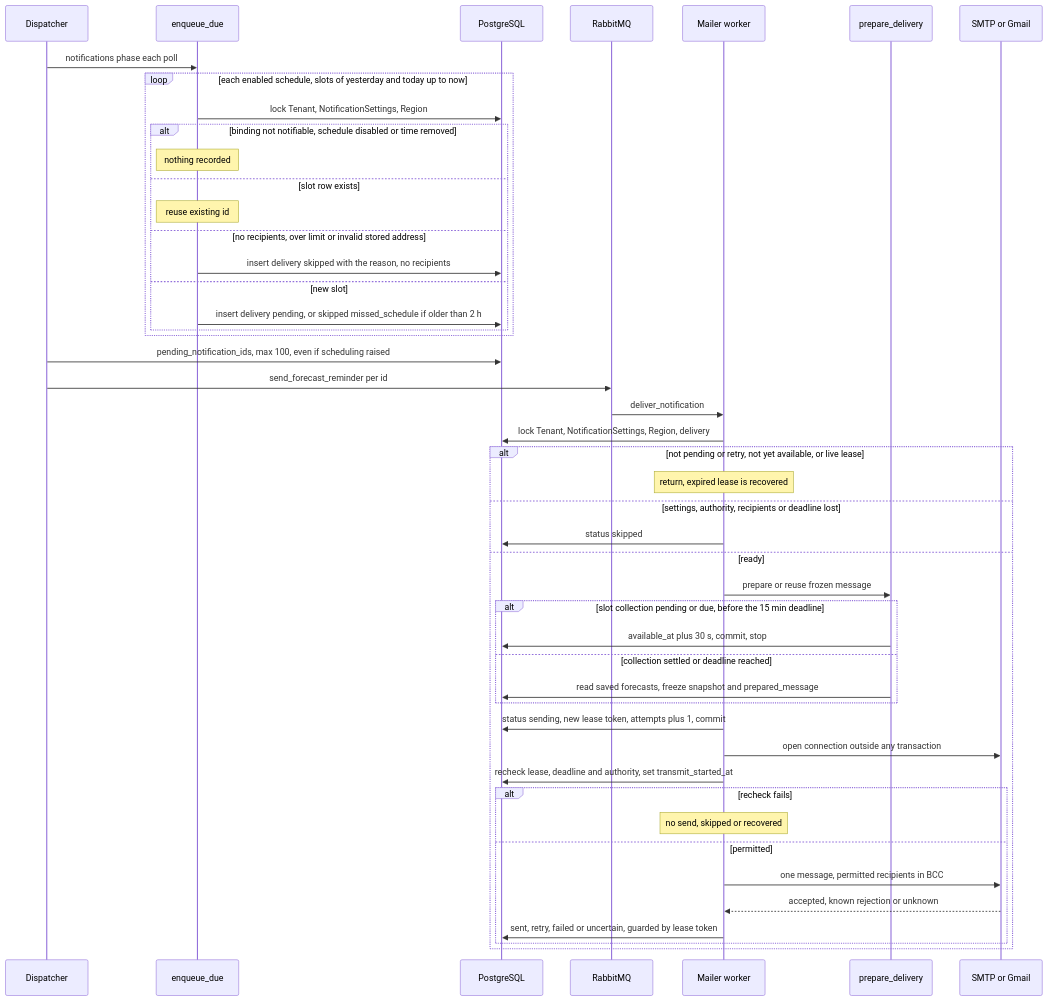
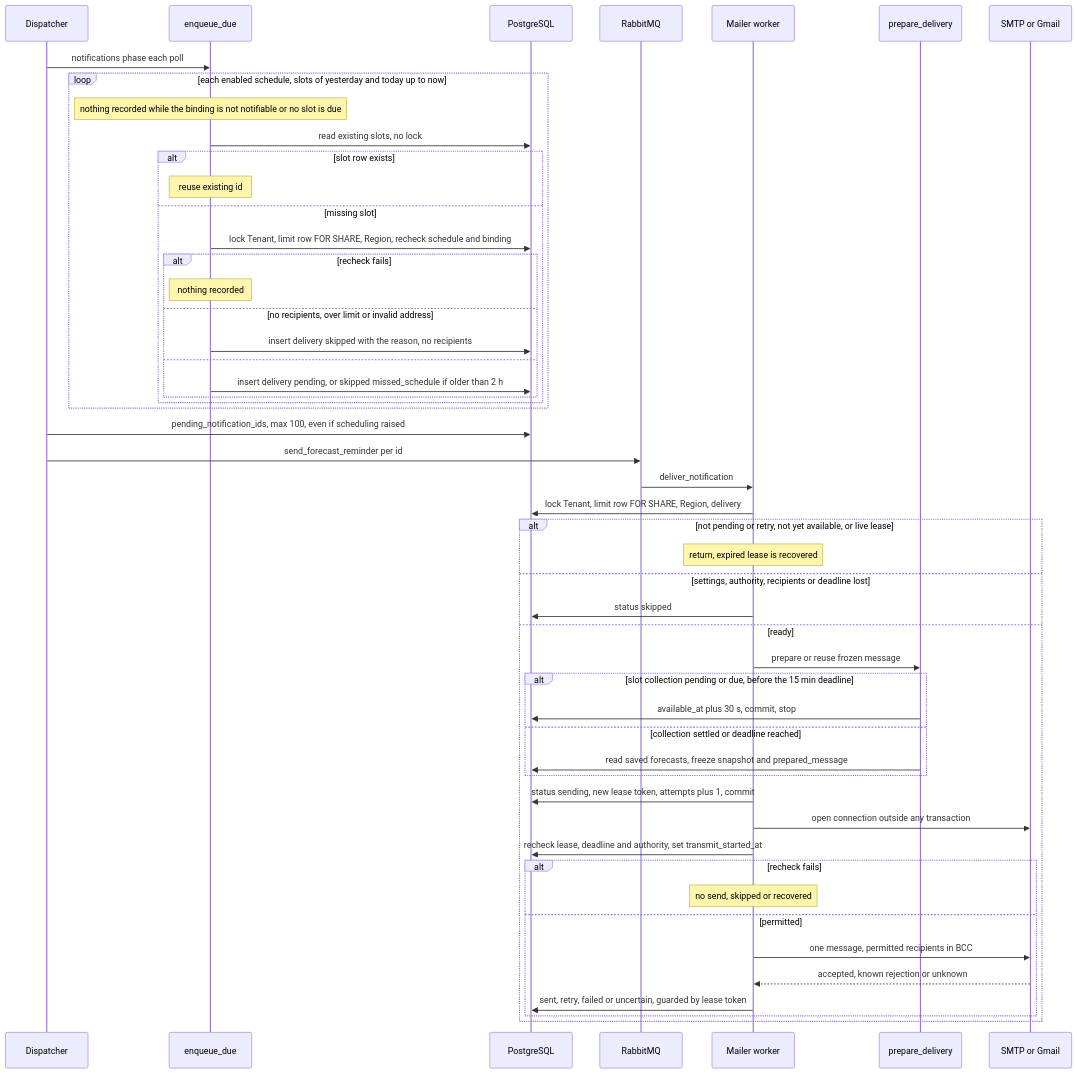
One commit to erkurtharun/pyracast changed the diagram in docs/flows/reminder-delivery.md. Above: the diagram before and after it, drawn with Mermaid. The commit also changed other lines of this file and 85 other files, not shown here.

First line of the commit message:
Bring the flow pages in line with the code (#107)

````diff
--- a/docs/flows/reminder-delivery.md
+++ b/docs/flows/reminder-delivery.md
@@ -19,49 +19,53 @@
 ```mermaid
 sequenceDiagram
     participant D as Dispatcher
     participant S as enqueue_due
     participant DB as PostgreSQL
     participant Q as RabbitMQ
     participant W as Mailer worker
     participant P as prepare_delivery
     participant M as SMTP or Gmail
     D->>S: notifications phase each poll
     loop each enabled schedule, slots of yesterday and today up to now
-        S->>DB: lock Tenant, NotificationSettings, Region
-        alt binding not notifiable, schedule disabled or time removed
-            Note over S: nothing recorded
-        else slot row exists
+        Note over S: nothing recorded while the binding is not notifiable or no slot is due
+        S->>DB: read existing slots, no lock
+        alt slot row exists
             Note over S: reuse existing id
-        else no recipients, over limit or invalid stored address
-            S->>DB: insert delivery skipped with the reason, no recipients
-        else new slot
-            S->>DB: insert delivery pending, or skipped missed_schedule if older than 2 h
+        else missing slot
+            S->>DB: lock Tenant, limit row FOR SHARE, Region, recheck schedule and binding
+            alt recheck fails
+                Note over S: nothing recorded
+            else no recipients, over limit or invalid address
+                S->>DB: insert delivery skipped with the reason, no recipients
+            else
+                S->>DB: insert delivery pending, or skipped missed_schedule if older than 2 h
+            end
         end
     end
     D->>DB: pending_notification_ids, max 100, even if scheduling raised
     D->>Q: send_forecast_reminder per id
     Q->>W: deliver_notification
-    W->>DB: lock Tenant, NotificationSettings, Region, delivery
+    W->>DB: lock Tenant, limit row FOR SHARE, Region, delivery
     alt not pending or retry, not yet available, or live lease
         Note over W: return, expired lease is recovered
     else settings, authority, recipients or deadline lost
         W->>DB: status skipped
     else ready
         W->>P: prepare or reuse frozen message
         alt slot collection pending or due, before the 15 min deadline
             P->>DB: available_at plus 30 s, commit, stop
         else collection settled or deadline reached
             P->>DB: read saved forecasts, freeze snapshot and prepared_message
         end
         W->>DB: status sending, new lease token, attempts plus 1, commit
         W->>M: open connection outside any transaction
         W->>DB: recheck lease, deadline and authority, set transmit_started_at
         alt recheck fails
             Note over W: no send, skipped or recovered
         else permitted
             W->>M: one message, permitted recipients in BCC
             M-->>W: accepted, known rejection or unknown
             W->>DB: sent, retry, failed or uncertain, guarded by lease token
         end
     end
 ```
````
